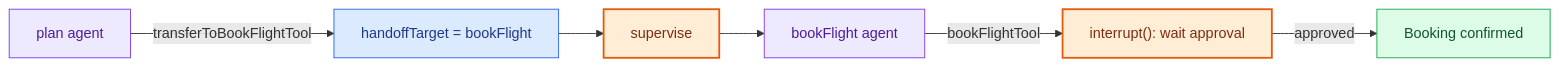
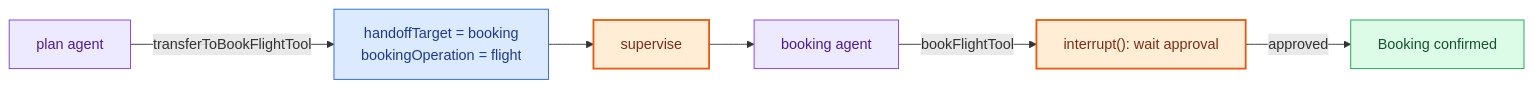
One commit to nguyentrathao-agilityio/travel-assistant changed the first of 2 diagrams in docs/flows/04-booking-handoff-hitl.md. Above: the diagram before and after it, drawn with Mermaid. The commit also changed other lines of this file and 28 other files, not shown here.

Commit message:
feat: refactor booking agent structure

````diff
--- a/docs/flows/04-booking-handoff-hitl.md
+++ b/docs/flows/04-booking-handoff-hitl.md
@@ -9,18 +10,18 @@
 ```mermaid
 flowchart LR
-    Plan[plan agent] -->|transferToBookFlightTool| Set["handoffTarget = bookFlight"]
+    Plan[plan agent] -->|transferToBookFlightTool| Set["handoffTarget = booking<br/>bookingOperation = flight"]
     Set --> Supervise[supervise]
-    Supervise --> Book[bookFlight agent]
+    Supervise --> Book[booking agent]
     Book -->|bookFlightTool| Interrupt["interrupt(): wait approval"]
     Interrupt -->|approved| Confirmed[Booking confirmed]
 
     classDef agent fill:#ede9fe,stroke:#7c3aed,color:#4c1d95
     classDef routing fill:#dbeafe,stroke:#2563eb,color:#1e3a8a
     classDef control fill:#ffedd5,stroke:#ea580c,color:#7c2d12,stroke-width:2px
     classDef success fill:#dcfce7,stroke:#16a34a,color:#14532d
 
     class Plan,Book agent
     class Set routing
     class Supervise,Interrupt control
     class Confirmed success
 ```
````
